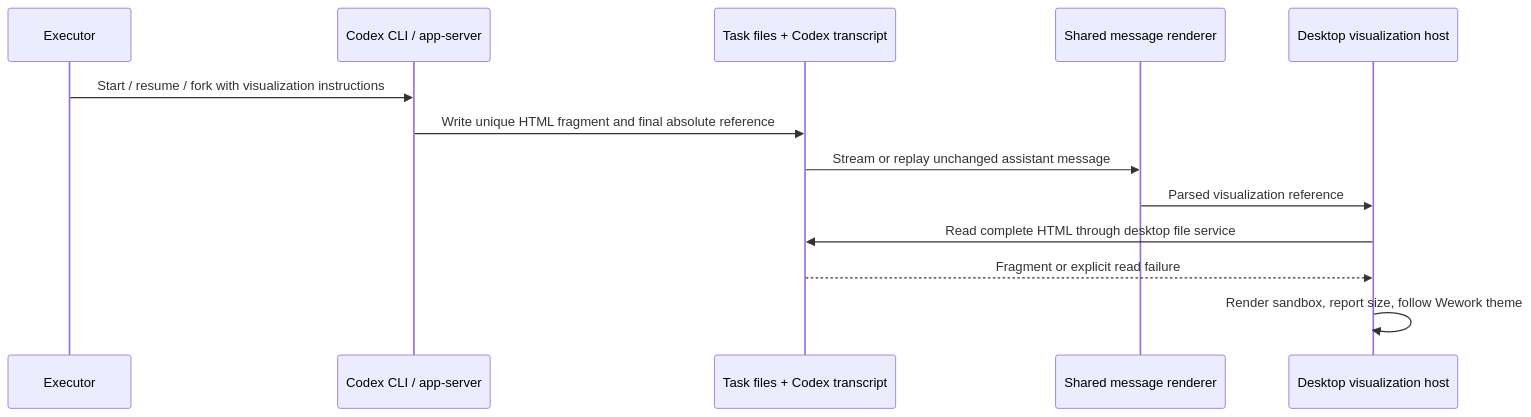
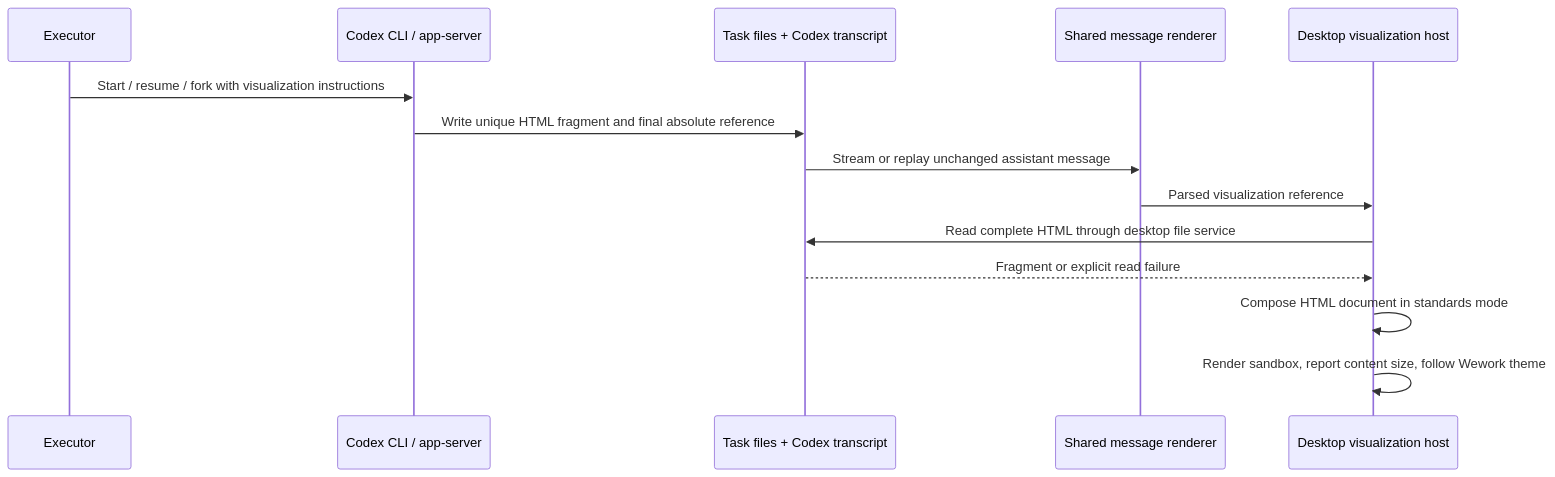
Before and after one commit to wecode-ai/Wegent: the second of 20 diagrams in wework/DESIGN.md, drawn with Mermaid. The commit also changed other lines of this file and 3 other files, not shown here.

Commit message:
fix(wework): measure visualization content in standards mode

````diff
--- a/wework/DESIGN.md
+++ b/wework/DESIGN.md
@@ -1057,15 +1059,16 @@
   ```mermaid
   sequenceDiagram
     participant Executor
     participant Codex as Codex CLI / app-server
     participant Storage as Task files + Codex transcript
     participant Markdown as Shared message renderer
     participant Host as Desktop visualization host
     Executor->>Codex: Start / resume / fork with visualization instructions
     Codex->>Storage: Write unique HTML fragment and final absolute reference
     Storage->>Markdown: Stream or replay unchanged assistant message
     Markdown->>Host: Parsed visualization reference
     Host->>Storage: Read complete HTML through desktop file service
     Storage-->>Host: Fragment or explicit read failure
-    Host->>Host: Render sandbox, report size, follow Wework theme
+    Host->>Host: Compose HTML document in standards mode
+    Host->>Host: Render sandbox, report content size, follow Wework theme
   ```
````
